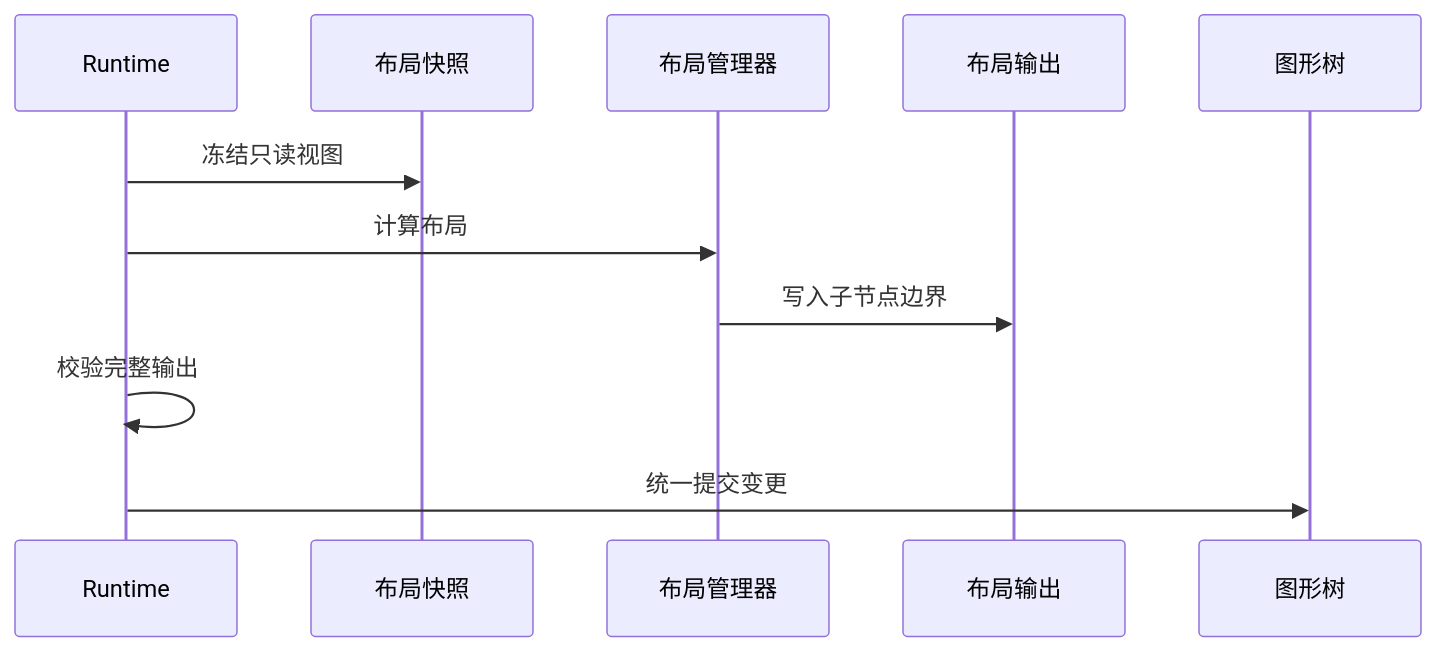
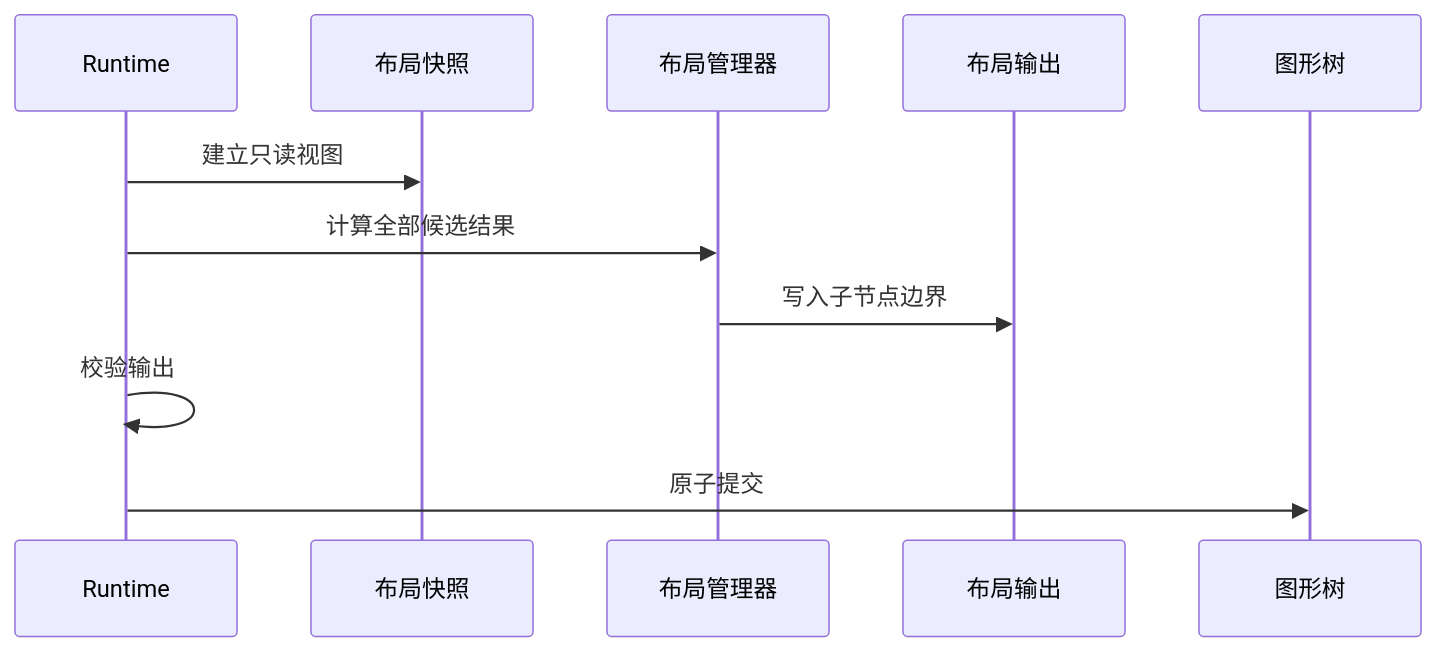
Before and after one commit to yezhang/novadraw: the diagram in engine/wasm_rust/novadraw/book/src/04-layout-update-and-frame.md, drawn with Mermaid. The commit also changed other lines of this file and 15 other files, not shown here.

````diff
--- a/engine/wasm_rust/novadraw/book/src/04-layout-update-and-frame.md
+++ b/engine/wasm_rust/novadraw/book/src/04-layout-update-and-frame.md
@@ -53,14 +48,14 @@
 ```mermaid
 sequenceDiagram
     participant Runtime
     participant Snapshot as 布局快照
     participant Layout as 布局管理器
     participant Output as 布局输出
     participant Tree as 图形树
 
-    Runtime->>Snapshot: 冻结只读视图
-    Runtime->>Layout: 计算布局
+    Runtime->>Snapshot: 建立只读视图
+    Runtime->>Layout: 计算全部候选结果
     Layout->>Output: 写入子节点边界
-    Runtime->>Runtime: 校验完整输出
-    Runtime->>Tree: 统一提交变更
+    Runtime->>Runtime: 校验输出
+    Runtime->>Tree: 原子提交
 ```
````
